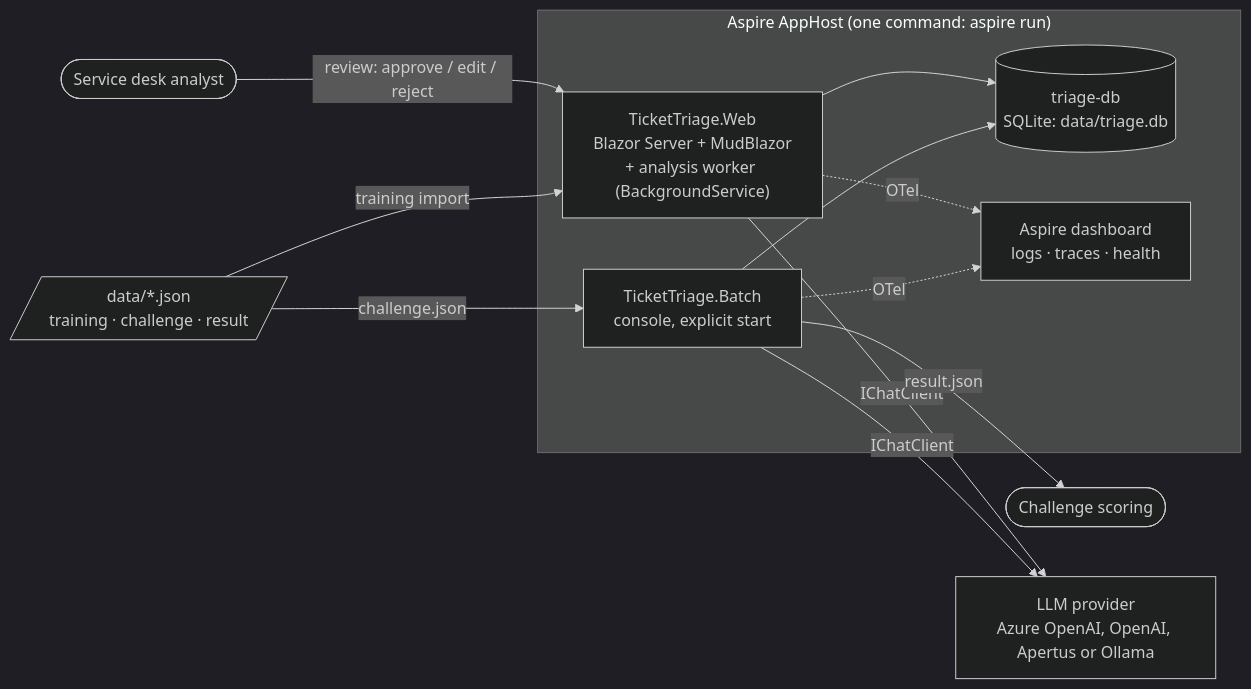
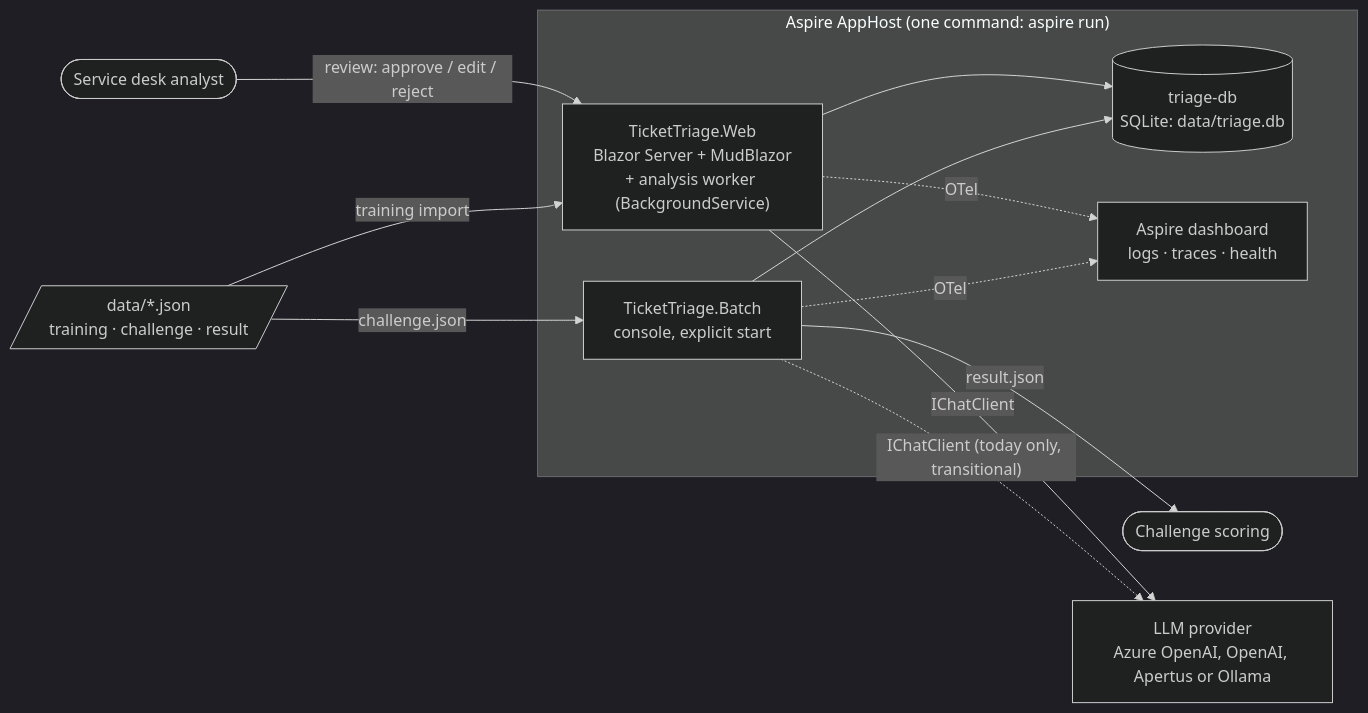
One commit to githubfawu/TriAIge changed the first of 8 diagrams in docs/architecture.md. Above: the diagram before and after it, drawn with Mermaid (dark theme). The commit also changed other lines of this file and 22 other files, not shown here.

````diff
--- a/docs/architecture.md
+++ b/docs/architecture.md
@@ -9,26 +9,26 @@
 ```mermaid
 flowchart LR
     analyst([Service desk analyst])
     jury([Challenge scoring])
 
     subgraph aspire["Aspire AppHost (one command: aspire run)"]
         web["TicketTriage.Web<br/>Blazor Server + MudBlazor<br/>+ analysis worker (BackgroundService)"]
         batch["TicketTriage.Batch<br/>console, explicit start"]
         db[("triage-db<br/>SQLite: data/triage.db")]
         dash["Aspire dashboard<br/>logs · traces · health"]
     end
 
     llm["LLM provider<br/>Azure OpenAI, OpenAI, Apertus or Ollama"]
     files[/"data/*.json<br/>training · challenge · result"/]
 
     analyst -- "review: approve / edit / reject" --> web
     web --> db
     batch --> db
     web -- "IChatClient" --> llm
-    batch -- "IChatClient" --> llm
+    batch -. "IChatClient (today only, transitional)" .-> llm
     files -- "training import" --> web
     files -- "challenge.json" --> batch
     batch -- "result.json" --> jury
     web -. OTel .-> dash
     batch -. OTel .-> dash
 ```
````
